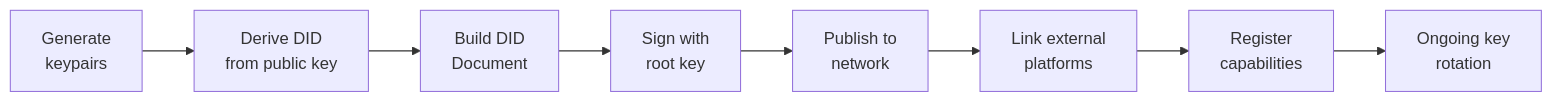
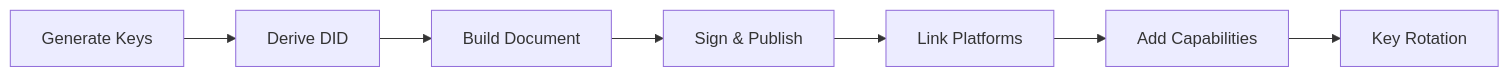
Before and after one commit to claw-network/clawnet: the first of 2 diagrams in packages/docs/content/docs/getting-started/core-concepts/identity.md, drawn with Mermaid. The commit also changed other lines of this file and 14 other files, not shown here.

First line of the commit message:
Refactor diagrams and improve clarity in DAO, Identity, Markets, Reputation, Service Contracts, and Wallet documentation

````diff
--- a/packages/docs/content/docs/getting-started/core-concepts/identity.md
+++ b/packages/docs/content/docs/getting-started/core-concepts/identity.md
@@ -82,10 +82,9 @@
 ```mermaid
 flowchart LR
-    A["Generate\nkeypairs"] --> B["Derive DID\nfrom public key"]
-    B --> C["Build DID\nDocument"]
-    C --> D["Sign with\nroot key"]
-    D --> E["Publish to\nnetwork"]
-    E --> F["Link external\nplatforms"]
-    F --> G["Register\ncapabilities"]
-    G --> H["Ongoing key\nrotation"]
+    A[Generate Keys] --> B[Derive DID]
+    B --> C[Build Document]
+    C --> D[Sign & Publish]
+    D --> E[Link Platforms]
+    E --> F[Add Capabilities]
+    F --> G[Key Rotation]
 ```
````
